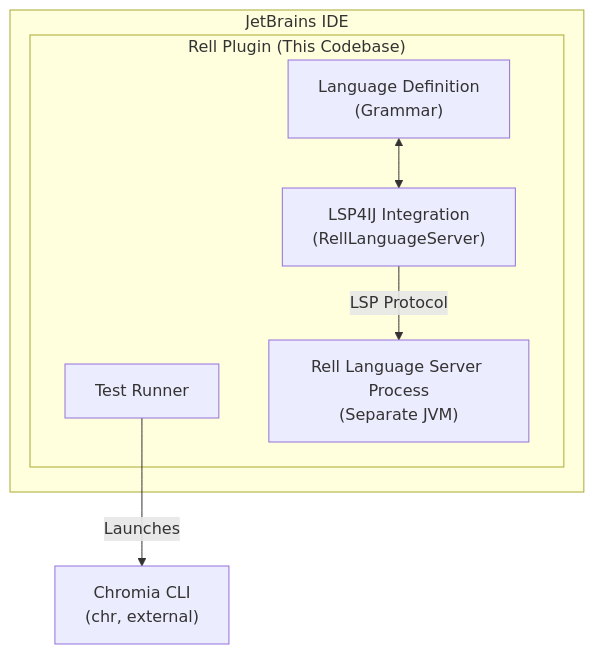
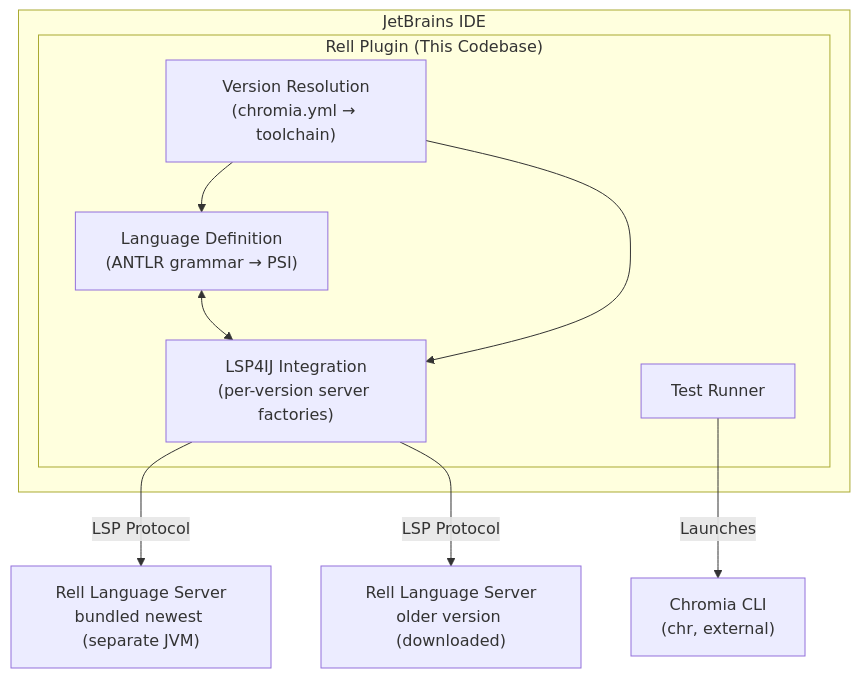
The first of 2 diagrams in docs/02-architecture.md (ChromiaProject/rell-jetbrains), drawn with Mermaid before and after one commit. The commit also changed other lines of this file and 6 other files, not shown here.

````diff
--- a/docs/02-architecture.md
+++ b/docs/02-architecture.md
@@ -59,15 +72,20 @@
 ```mermaid
 flowchart TB
     subgraph IDE["JetBrains IDE"]
         subgraph Plugin["Rell Plugin (This Codebase)"]
-            Lang["Language Definition<br/>(Grammar)"]
-            LSP4IJ["LSP4IJ Integration<br/>(RellLanguageServer)"]
+            Lang["Language Definition<br/>(ANTLR grammar → PSI)"]
+            Route["Version Resolution<br/>(chromia.yml → toolchain)"]
+            LSP4IJ["LSP4IJ Integration<br/>(per-version server factories)"]
             Test["Test Runner"]
-            Server["Rell Language Server Process<br/>(Separate JVM)"]
             Lang <--> LSP4IJ
-            LSP4IJ -->|LSP Protocol| Server
+            Route --> Lang
+            Route --> LSP4IJ
         end
     end
+    Bundled["Rell Language Server<br/>bundled newest (separate JVM)"]
+    Downloaded["Rell Language Server<br/>older version (downloaded)"]
     CLI["Chromia CLI<br/>(chr, external)"]
+    LSP4IJ -->|LSP Protocol| Bundled
+    LSP4IJ -->|LSP Protocol| Downloaded
     Test -->|Launches| CLI
 ```
````
